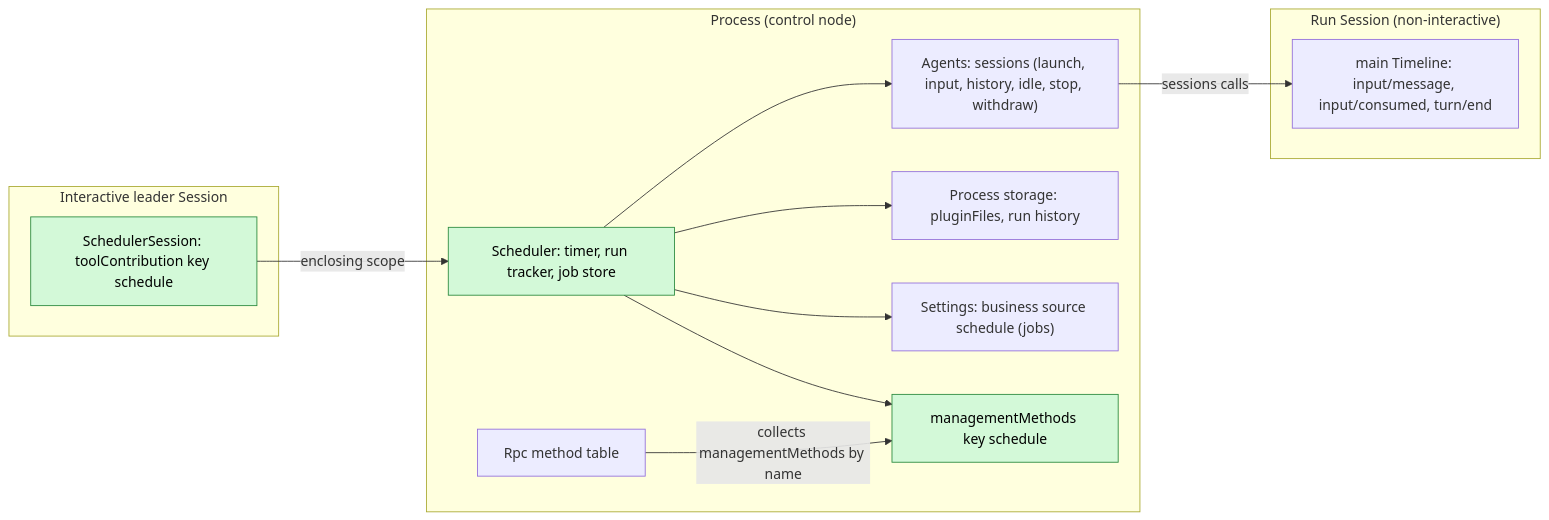
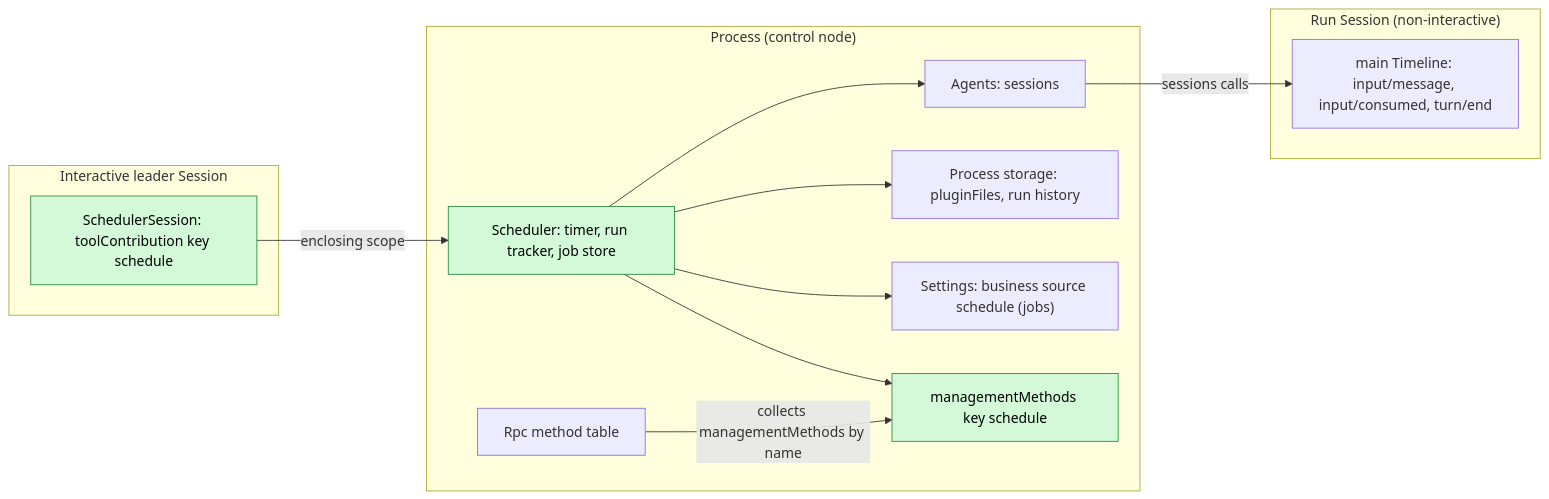
The first of 6 diagrams in docs/design/plugins/Scheduler.md (CoutinhoTTS/dim-agent), drawn with Mermaid before and after one commit. The commit also changed other lines of this file and 3 other files, not shown here.

````diff
--- a/docs/design/plugins/Scheduler.md
+++ b/docs/design/plugins/Scheduler.md
@@ -15,26 +15,26 @@
 ```mermaid
 flowchart LR
   subgraph PROC["Process (control node)"]
     Sched["Scheduler: timer, run tracker, job store"]
     MM["managementMethods key schedule"]
-    Agents["Agents: sessions (launch, input, history, idle, stop, withdraw)"]
+    Agents["Agents: sessions"]
     Rpc["Rpc method table"]
     Store["Process storage: pluginFiles, run history"]
     Set["Settings: business source schedule (jobs)"]
   end
   subgraph SESS["Interactive leader Session"]
     Tool["SchedulerSession: toolContribution key schedule"]
   end
   subgraph RUN["Run Session (non-interactive)"]
     TL["main Timeline: input/message, input/consumed, turn/end"]
   end
   Tool -->|"enclosing scope"| Sched
   Sched --> Agents
   Sched --> Store
   Sched --> Set
   Sched --> MM
   Rpc -->|"collects managementMethods by name"| MM
   Agents -->|"sessions calls"| TL
   classDef new fill:#d3f9d8,stroke:#2b8a3e,color:#000
   class Sched,MM,Tool new
 ```
````
